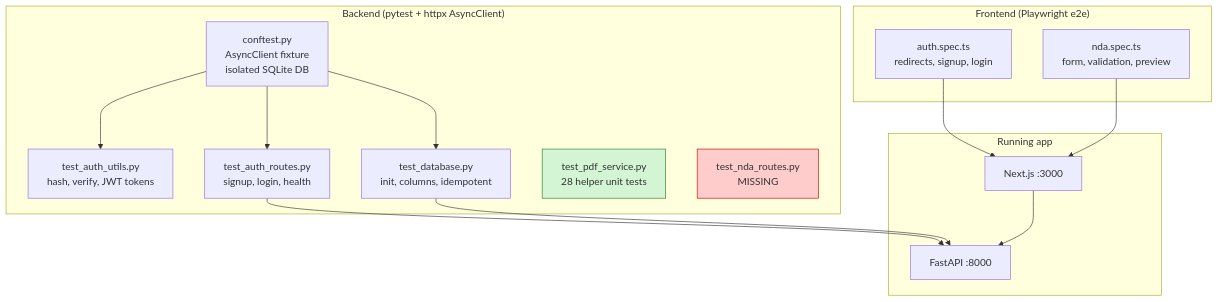
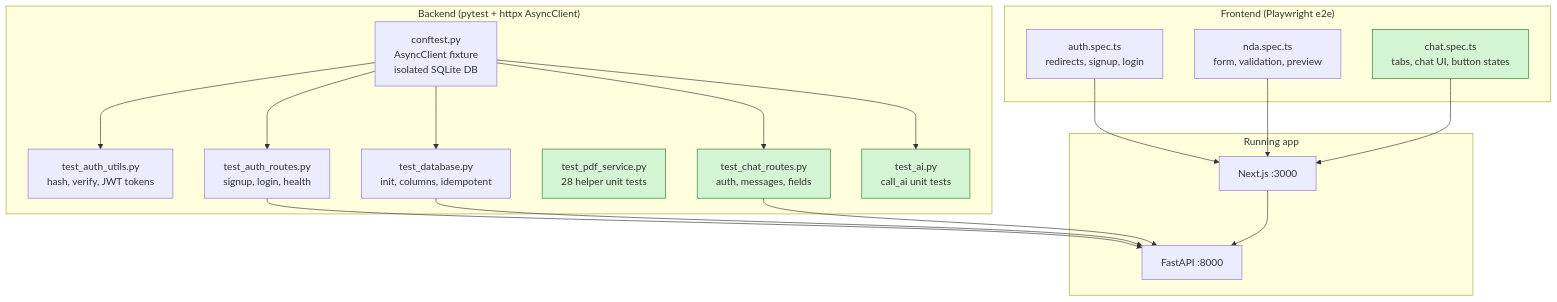
The sixth of 6 diagrams in docs/test-coverage-report.md (shaynemeyer/prelegal), drawn with Mermaid before and after one commit. The commit also changed other lines of this file and 14 other files, not shown here.

First line of the commit message:
feat(PL-5): add AI chat tab for Mutual NDA drafting (#6)

````diff
--- a/docs/test-coverage-report.md
+++ b/docs/test-coverage-report.md
@@ -298,31 +316,37 @@
 ```mermaid
 graph TD
     subgraph Backend ["Backend (pytest + httpx AsyncClient)"]
         C[conftest.py<br/>AsyncClient fixture<br/>isolated SQLite DB]
         T1[test_auth_utils.py<br/>hash, verify, JWT tokens]
         T2[test_auth_routes.py<br/>signup, login, health]
         T3[test_database.py<br/>init, columns, idempotent]
         T4[test_pdf_service.py<br/>28 helper unit tests]
-        T5[test_nda_routes.py<br/>MISSING]
-        C --> T1 & T2 & T3
+        T5[test_chat_routes.py<br/>auth, messages, fields]
+        T6[test_ai.py<br/>call_ai unit tests]
+        C --> T1 & T2 & T3 & T5 & T6
     end
 
     subgraph Frontend ["Frontend (Playwright e2e)"]
         P1[auth.spec.ts<br/>redirects, signup, login]
         P2[nda.spec.ts<br/>form, validation, preview]
+        P3[chat.spec.ts<br/>tabs, chat UI, button states]
     end
 
     subgraph App ["Running app"]
         BE[FastAPI :8000]
         FE[Next.js :3000]
     end
 
     T2 --> BE
     T3 --> BE
+    T5 --> BE
     P1 --> FE
     P2 --> FE
+    P3 --> FE
     FE --> BE
 
     style T4 fill:#d4f5d4,stroke:#2a7a2a
-    style T5 fill:#ffcccc,stroke:#cc0000
+    style T5 fill:#d4f5d4,stroke:#2a7a2a
+    style T6 fill:#d4f5d4,stroke:#2a7a2a
+    style P3 fill:#d4f5d4,stroke:#2a7a2a
 ```
````
